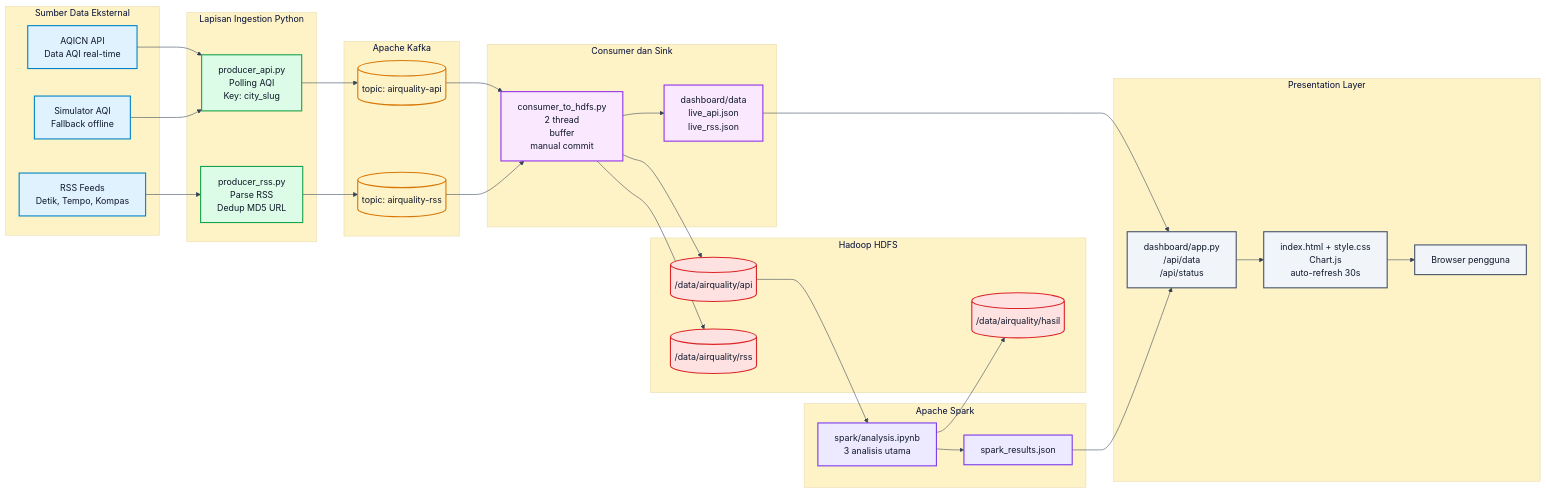
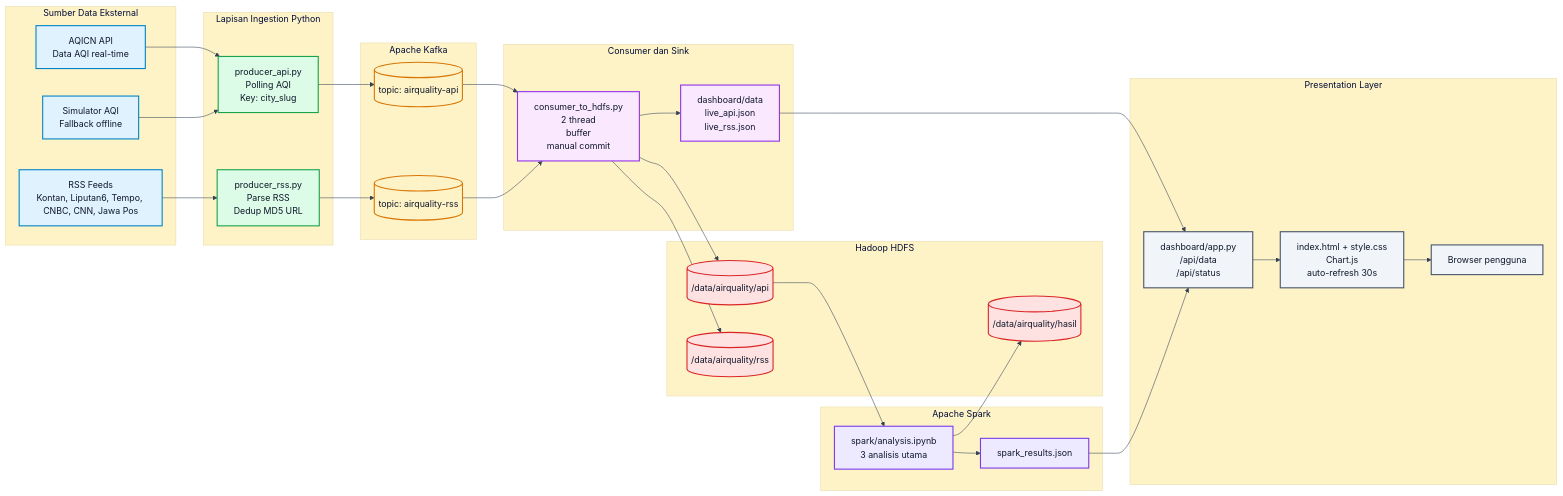
Before and after one commit to mamettdd/Kelompok-6-ets-bigdata: the first of 10 diagrams in ARCHITECTURE_A1.md, drawn with Mermaid. The commit also changed 11 other files, not shown here.

````diff
--- a/ARCHITECTURE_A1.md
+++ b/ARCHITECTURE_A1.md
@@ -100,75 +100,75 @@
 ```mermaid
 %%{init: {"theme":"base","themeVariables":{"fontFamily":"Inter, Arial","primaryColor":"#dbeafe","primaryTextColor":"#0f172a","primaryBorderColor":"#2563eb","lineColor":"#334155","secondaryColor":"#dcfce7","tertiaryColor":"#fef3c7"}}}%%
 flowchart LR
     subgraph Sumber["Sumber Data Eksternal"]
         AQICN["AQICN API<br/>Data AQI real-time"]
         SIM["Simulator AQI<br/>Fallback offline"]
-        RSS["RSS Feeds<br/>Detik, Tempo, Kompas"]
+        RSS["RSS Feeds<br/>Kontan, Liputan6, Tempo, CNBC, CNN, Jawa Pos"]
     end
 
     subgraph Ingest["Lapisan Ingestion Python"]
         APIProducer["producer_api.py<br/>Polling AQI<br/>Key: city_slug"]
         RSSProducer["producer_rss.py<br/>Parse RSS<br/>Dedup MD5 URL"]
     end
 
     subgraph Kafka["Apache Kafka"]
         TopicAPI[("topic: airquality-api")]
         TopicRSS[("topic: airquality-rss")]
     end
 
     subgraph Sink["Consumer dan Sink"]
         Consumer["consumer_to_hdfs.py<br/>2 thread<br/>buffer<br/>manual commit"]
         Mirror["dashboard/data<br/>live_api.json<br/>live_rss.json"]
     end
 
     subgraph Lake["Hadoop HDFS"]
         HDFSAPI[("/data/airquality/api")]
         HDFSRSS[("/data/airquality/rss")]
         HDFSResult[("/data/airquality/hasil")]
     end
 
     subgraph Analytics["Apache Spark"]
         Notebook["spark/analysis.ipynb<br/>3 analisis utama"]
         SparkJSON["spark_results.json"]
     end
 
     subgraph Presentation["Presentation Layer"]
         Flask["dashboard/app.py<br/>/api/data<br/>/api/status"]
         UI["index.html + style.css<br/>Chart.js<br/>auto-refresh 30s"]
         Browser["Browser pengguna"]
     end
 
     AQICN --> APIProducer
     SIM --> APIProducer
     RSS --> RSSProducer
     APIProducer --> TopicAPI
     RSSProducer --> TopicRSS
     TopicAPI --> Consumer
     TopicRSS --> Consumer
     Consumer --> HDFSAPI
     Consumer --> HDFSRSS
     Consumer --> Mirror
     HDFSAPI --> Notebook
     Notebook --> HDFSResult
     Notebook --> SparkJSON
     Mirror --> Flask
     SparkJSON --> Flask
     Flask --> UI
     UI --> Browser
 
     classDef source fill:#e0f2fe,stroke:#0284c7,color:#0f172a,stroke-width:2px;
     classDef ingest fill:#dcfce7,stroke:#16a34a,color:#0f172a,stroke-width:2px;
     classDef kafka fill:#fef3c7,stroke:#d97706,color:#0f172a,stroke-width:2px;
     classDef sink fill:#fae8ff,stroke:#9333ea,color:#0f172a,stroke-width:2px;
     classDef hdfs fill:#fee2e2,stroke:#dc2626,color:#0f172a,stroke-width:2px;
     classDef spark fill:#ede9fe,stroke:#7c3aed,color:#0f172a,stroke-width:2px;
     classDef presentation fill:#f1f5f9,stroke:#475569,color:#0f172a,stroke-width:2px;
 
     class AQICN,SIM,RSS source;
     class APIProducer,RSSProducer ingest;
     class TopicAPI,TopicRSS kafka;
     class Consumer,Mirror sink;
     class HDFSAPI,HDFSRSS,HDFSResult hdfs;
     class Notebook,SparkJSON spark;
     class Flask,UI,Browser presentation;
 ```
````
